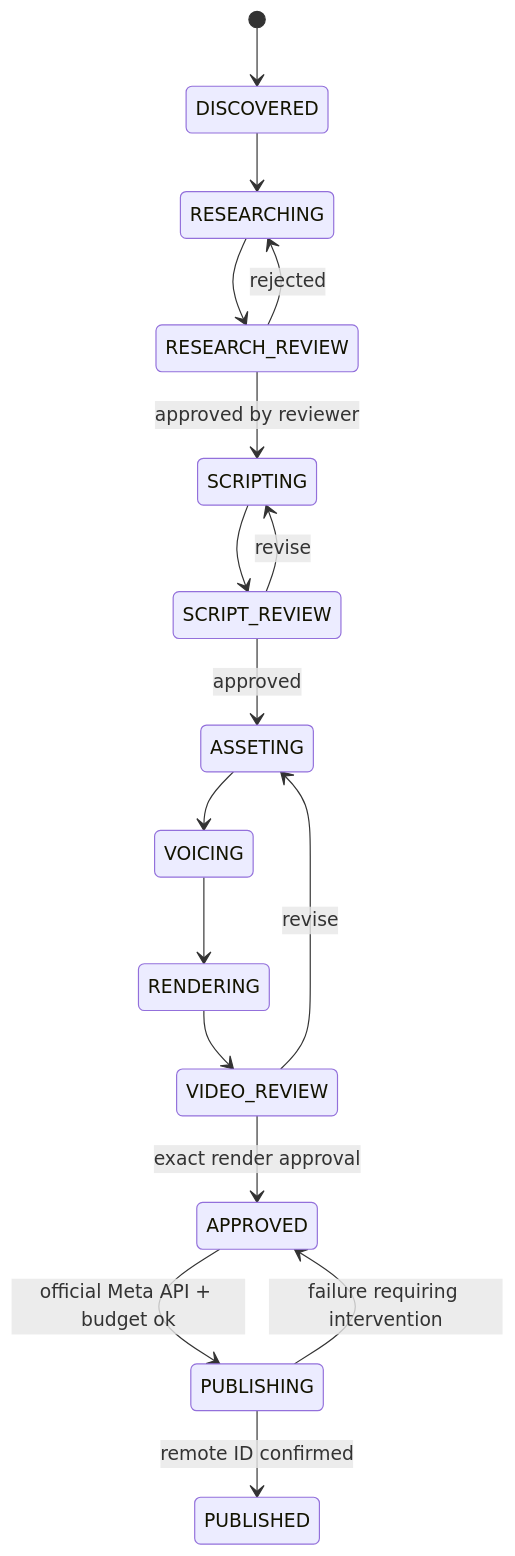
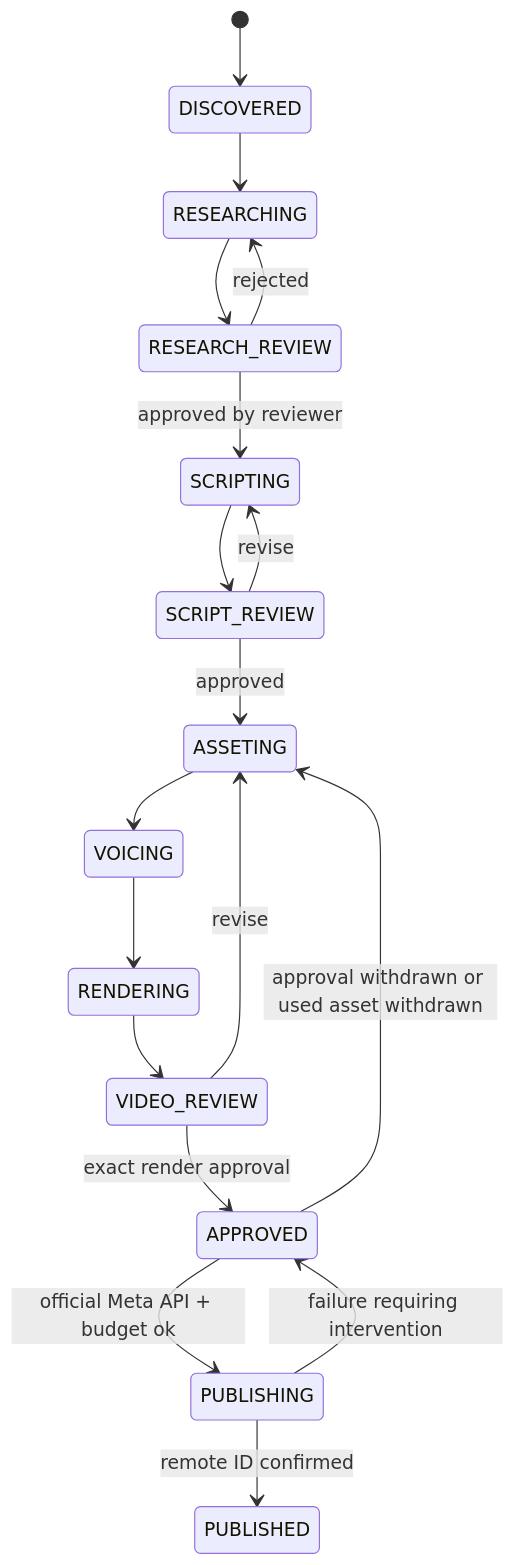
One commit to MaycollJaramillo01/Cluster-Viral-Engine changed the diagram in diagrams/state-machine.mmd. Above: the diagram before and after it, drawn with Mermaid. The commit also changed 208 other files, not shown here.

```diff
--- a/diagrams/state-machine.mmd
+++ b/diagrams/state-machine.mmd
@@ -1,17 +1,18 @@
 stateDiagram-v2
  [*] --> DISCOVERED
  DISCOVERED --> RESEARCHING
  RESEARCHING --> RESEARCH_REVIEW
  RESEARCH_REVIEW --> RESEARCHING: rejected
  RESEARCH_REVIEW --> SCRIPTING: approved by reviewer
  SCRIPTING --> SCRIPT_REVIEW
  SCRIPT_REVIEW --> SCRIPTING: revise
  SCRIPT_REVIEW --> ASSETING: approved
  ASSETING --> VOICING
  VOICING --> RENDERING
  RENDERING --> VIDEO_REVIEW
  VIDEO_REVIEW --> ASSETING: revise
  VIDEO_REVIEW --> APPROVED: exact render approval
+ APPROVED --> ASSETING: approval withdrawn or used asset withdrawn
  APPROVED --> PUBLISHING: official Meta API + budget ok
  PUBLISHING --> PUBLISHED: remote ID confirmed
  PUBLISHING --> APPROVED: failure requiring intervention
```
